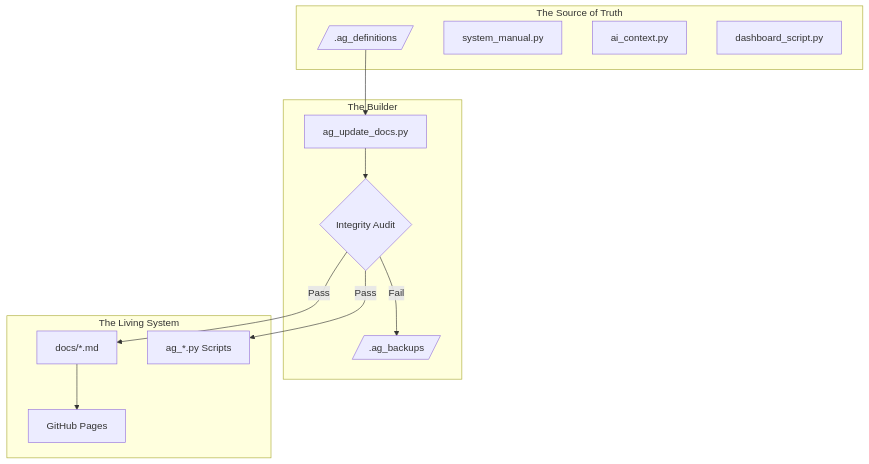
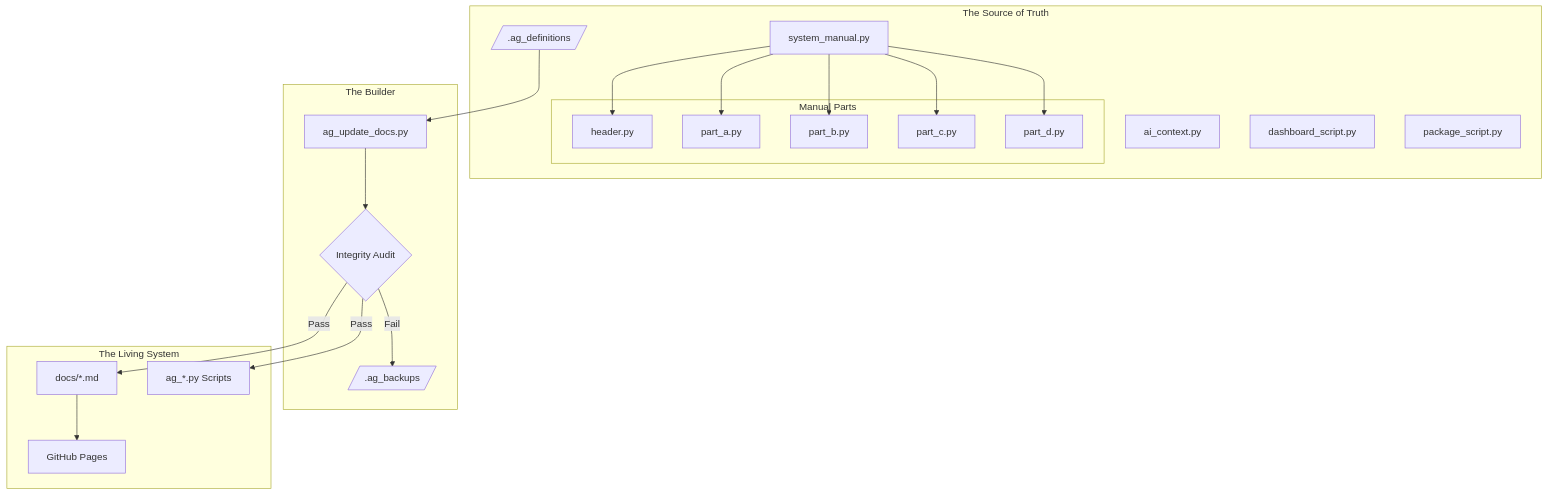
The diagram in docs/system_manual/architecture.md (EvisHome/EvisHomeLab), drawn with Mermaid before and after one commit. The commit also changed other lines of this file, not shown here.

````diff
--- a/docs/system_manual/architecture.md
+++ b/docs/system_manual/architecture.md
@@ -21,28 +22,39 @@
 ```mermaid
 graph TD
     subgraph Hidden Source [The Source of Truth]
         Def[/.ag_definitions/]
         Man[system_manual.py]
         Ctx[ai_context.py]
         Tools[dashboard_script.py]
+        PkgTools[package_script.py]
+        
+        subgraph Manual Parts
+             Header[header.py]
+             PartA[part_a.py]
+             PartB[part_b.py]
+             PartC[part_c.py]
+             PartD[part_d.py]
+        end
+        
+        Man --> Header & PartA & PartB & PartC & PartD
     end
 
     subgraph The Orchestrator [The Builder]
         Upd[ag_update_docs.py]
         Audit{Integrity Audit}
         Backup[/.ag_backups/]
     end
 
     subgraph The Output [The Living System]
         MD[docs/*.md]
         LiveTools[ag_*.py Scripts]
         Web[GitHub Pages]
     end
 
     Def --> Upd
     Upd --> Audit
     Audit -- Fail --> Backup
     Audit -- Pass --> MD
     Audit -- Pass --> LiveTools
     MD --> Web
 ```
````
